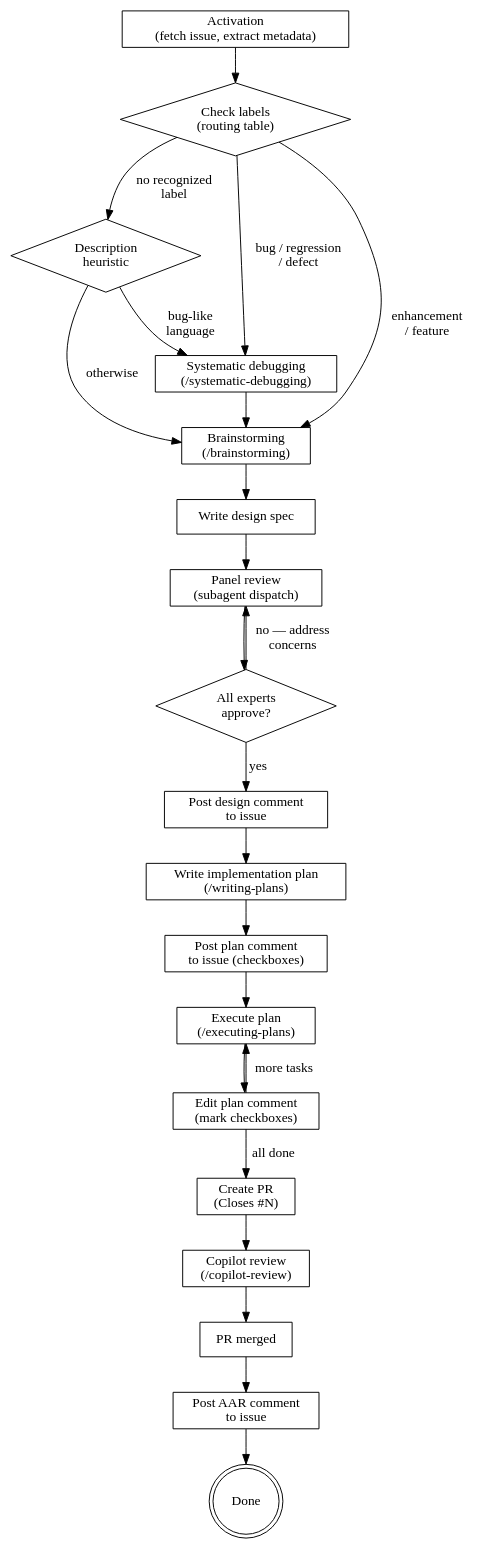
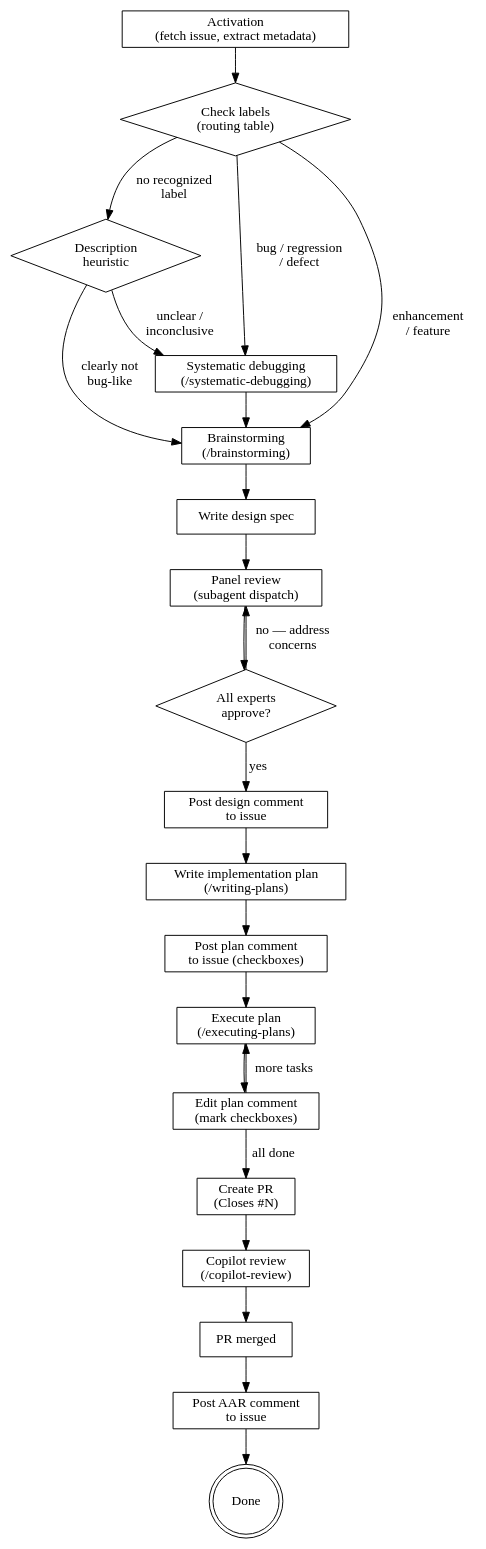
The diagram in skills/issue-driven-workflow/SKILL.md (perezd/claudetainer), drawn with Graphviz before and after one commit.

Commit message:
fix(skills): align flow diagram labels with ambiguity-routes-to-debug rule

````diff
--- a/skills/issue-driven-workflow/SKILL.md
+++ b/skills/issue-driven-workflow/SKILL.md
@@ -24,47 +24,47 @@
 ```dot
 digraph issue_driven {
     rankdir=TB;
 
     activate [label="Activation\n(fetch issue, extract metadata)" shape=box];
     route_check [label="Check labels\n(routing table)" shape=diamond];
     desc_fallback [label="Description\nheuristic" shape=diamond];
     debug [label="Systematic debugging\n(/systematic-debugging)" shape=box];
     brainstorm [label="Brainstorming\n(/brainstorming)" shape=box];
     design [label="Write design spec" shape=box];
     panel [label="Panel review\n(subagent dispatch)" shape=box];
     panel_ok [label="All experts\napprove?" shape=diamond];
     post_design [label="Post design comment\nto issue" shape=box];
     plan [label="Write implementation plan\n(/writing-plans)" shape=box];
     post_plan [label="Post plan comment\nto issue (checkboxes)" shape=box];
     execute [label="Execute plan\n(/executing-plans)" shape=box];
     update_checks [label="Edit plan comment\n(mark checkboxes)" shape=box];
     pr [label="Create PR\n(Closes #N)" shape=box];
     copilot [label="Copilot review\n(/copilot-review)" shape=box];
     merge [label="PR merged" shape=box];
     aar [label="Post AAR comment\nto issue" shape=box];
     done [label="Done" shape=doublecircle];
 
     activate -> route_check;
     route_check -> debug [label="bug / regression\n/ defect"];
     route_check -> brainstorm [label="enhancement\n/ feature"];
     route_check -> desc_fallback [label="no recognized\nlabel"];
-    desc_fallback -> debug [label="bug-like\nlanguage"];
-    desc_fallback -> brainstorm [label="otherwise"];
+    desc_fallback -> debug [label="unclear /\ninconclusive"];
+    desc_fallback -> brainstorm [label="clearly not\nbug-like"];
     debug -> brainstorm;
     brainstorm -> design;
     design -> panel;
     panel -> panel_ok;
     panel_ok -> panel [label="no — address\nconcerns"];
     panel_ok -> post_design [label="yes"];
     post_design -> plan;
     plan -> post_plan;
     post_plan -> execute;
     execute -> update_checks;
     update_checks -> execute [label="more tasks"];
     update_checks -> pr [label="all done"];
     pr -> copilot;
     copilot -> merge;
     merge -> aar;
     aar -> done;
 }
 ```
````
